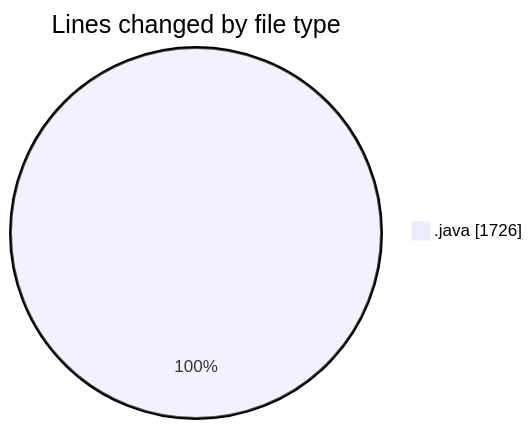
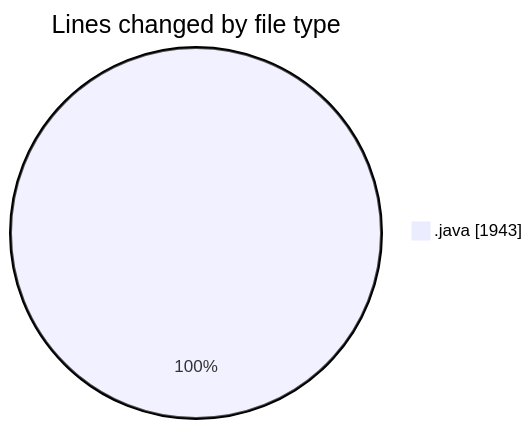
The first of 2 diagrams in 2026-04-24/cilapp/README.md (ricardozamudiocil/code-tracking), drawn with Mermaid before and after one commit. The commit also changed other lines of this file and 1 other file, not shown here.

````diff
--- a/2026-04-24/cilapp/README.md
+++ b/2026-04-24/cilapp/README.md
@@ -20,5 +20,5 @@
 ```mermaid
 pie showData
 title Lines changed by file type
-".java" : 1726
+".java" : 1943
 ```
````
